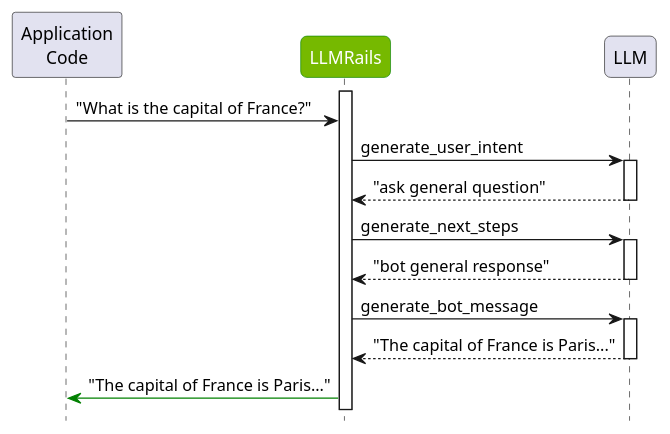
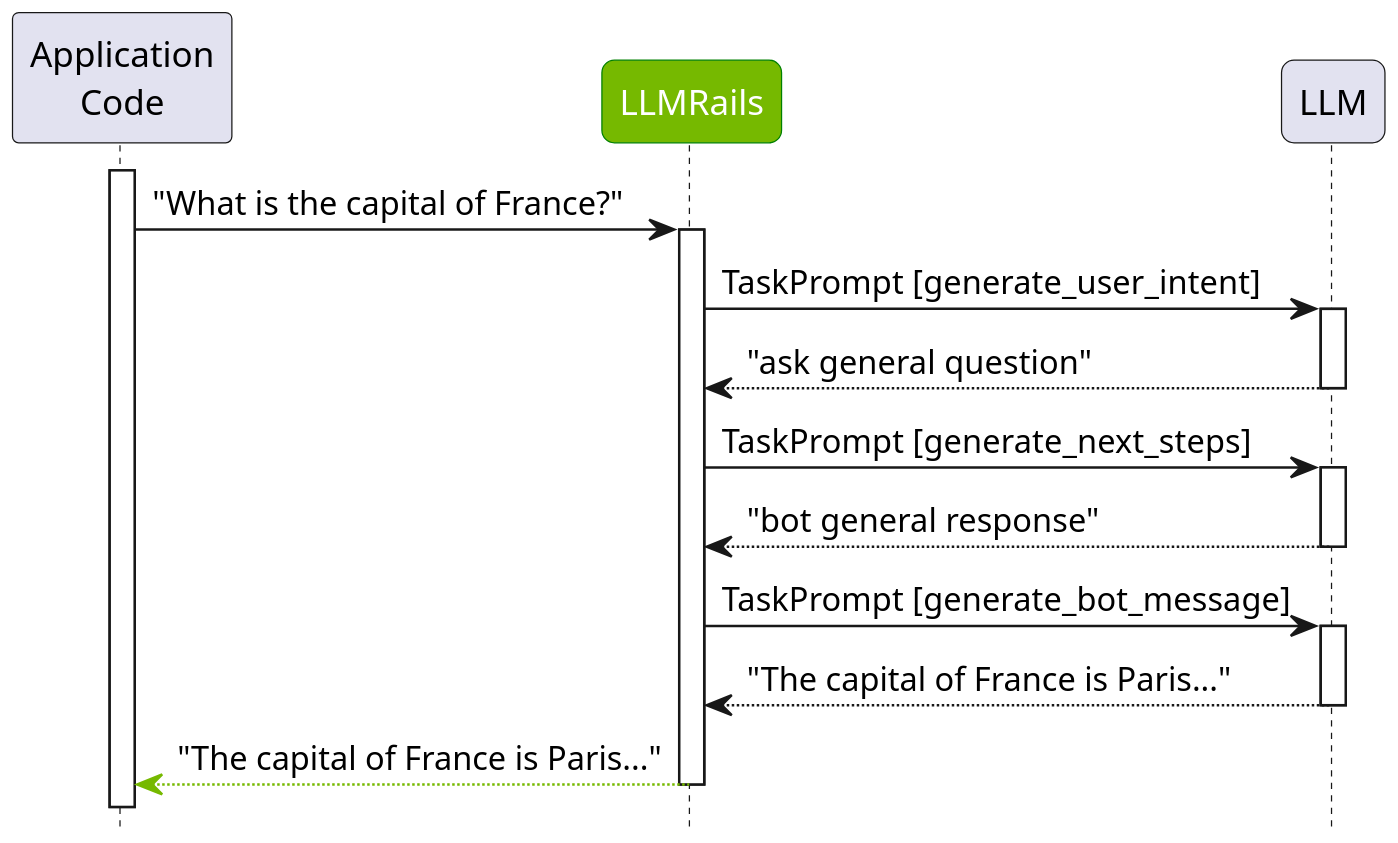
One commit to NVIDIA/NeMo-Guardrails changed the diagram in docs/_assets/puml/core_colang_concepts_fig_2.puml. Above: the diagram before and after it, drawn with PlantUML. The commit also changed 10 other files, not shown here.

```diff
--- a/docs/_assets/puml/core_colang_concepts_fig_2.puml
+++ b/docs/_assets/puml/core_colang_concepts_fig_2.puml
@@ -1,38 +1,36 @@
 @startuml
 participant "Application\nCode" as A
 
 skinparam Participant {
   RoundCorner 10
 
   BackgroundColor<<LLMRails >> 76b900
   FontColor<<LLMRails>> white
   BorderColor<<LLMRails>> green
 }
 
-
 participant LLMRails <<LLMRails>>
 
+activate A
+A->LLMRails: "What is the capital of France?"
 activate LLMRails
-A->LLMRails: "What is the capital of France?"
 
-LLMRails->LLM: generate_user_intent
+LLMRails->LLM: TaskPrompt [generate_user_intent]
 activate LLM
 return "ask general question"
 
-LLMRails->LLM: generate_next_steps
+LLMRails->LLM: TaskPrompt [generate_next_steps]
 activate LLM
 return "bot general response"
 
-LLMRails->LLM: generate_bot_message
+LLMRails->LLM: TaskPrompt [generate_bot_message]
 activate LLM
 return "The capital of France is Paris..."
 
-
-
-LLMRails-[#green]>A: "The capital of France is Paris..."
+return #76b900 "The capital of France is Paris..."
 
 participant LLM
 hide footbox
 hide stereotype
-
+scale 2
 @enduml
```
